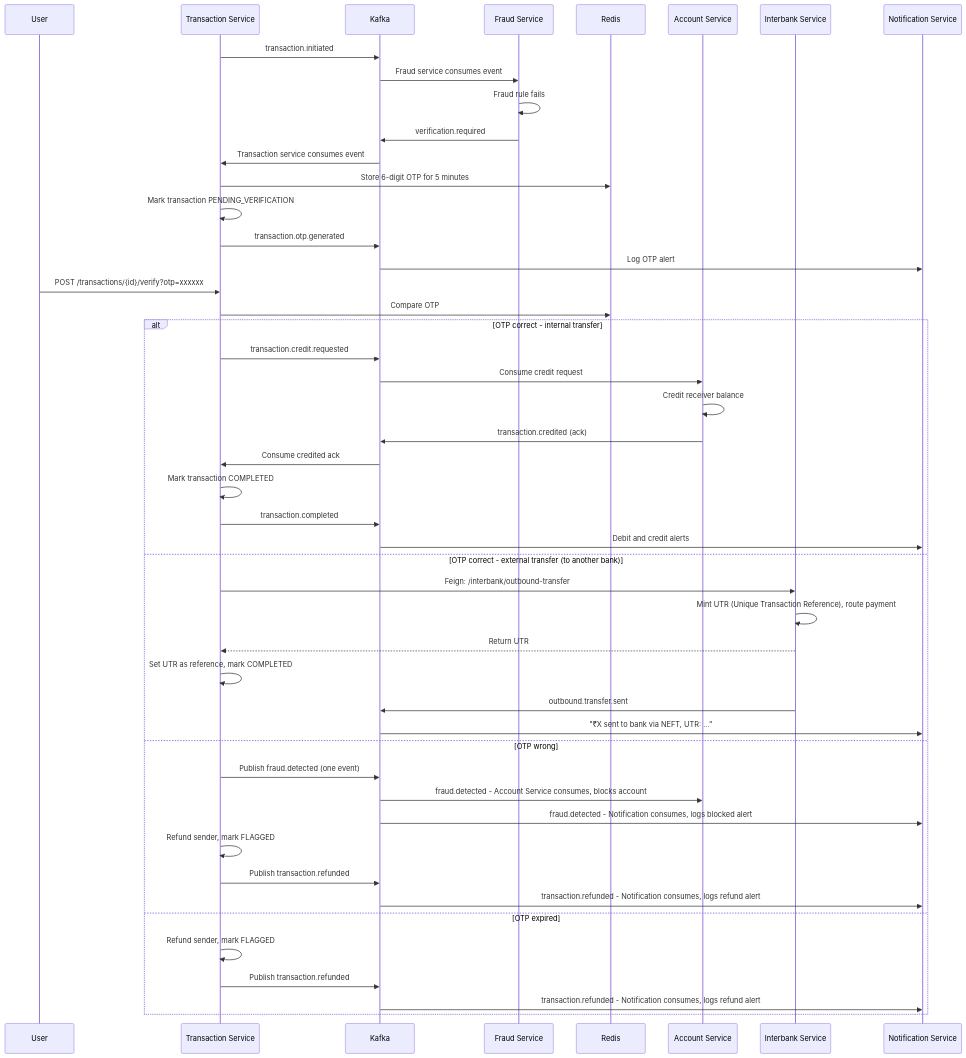
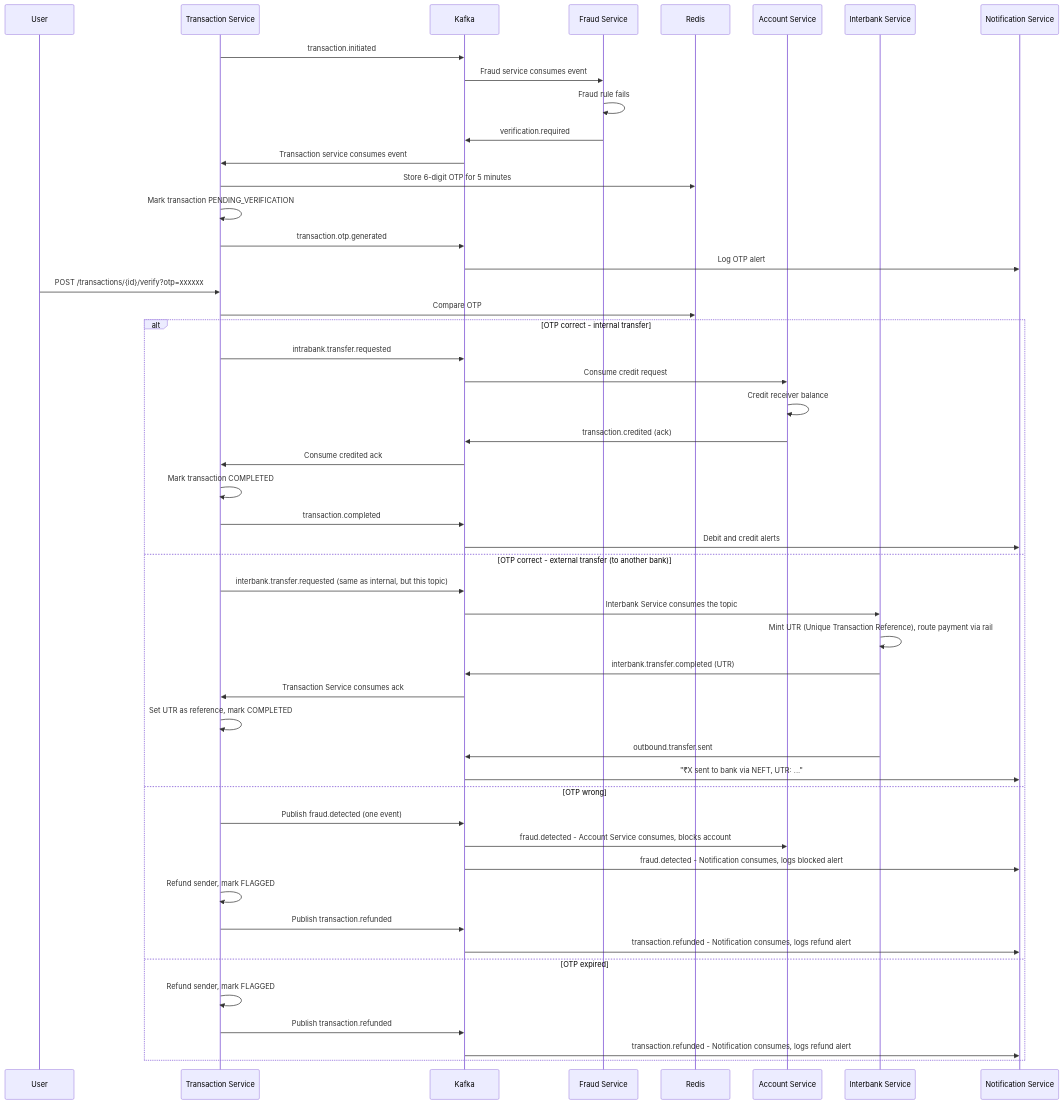
The fourth of 7 diagrams in README.md (Mohit-R-04/DigitalBankingSystem), drawn with Mermaid before and after one commit. The commit also changed other lines of this file and 29 other files, not shown here.

````diff
--- a/README.md
+++ b/README.md
@@ -419,51 +419,53 @@
 ```mermaid
 sequenceDiagram
     participant U as User
     participant T as Transaction Service
     participant K as Kafka
     participant FR as Fraud Service
     participant R as Redis
     participant A as Account Service
     participant I as Interbank Service
     participant N as Notification Service
 
     T->>K: transaction.initiated
     K->>FR: Fraud service consumes event
     FR->>FR: Fraud rule fails
     FR->>K: verification.required
     K->>T: Transaction service consumes event
     T->>R: Store 6-digit OTP for 5 minutes
     T->>T: Mark transaction PENDING_VERIFICATION
     T->>K: transaction.otp.generated
     K->>N: Log OTP alert
     U->>T: POST /transactions/{id}/verify?otp=xxxxxx
     T->>R: Compare OTP
     alt OTP correct - internal transfer
-        T->>K: transaction.credit.requested
+        T->>K: intrabank.transfer.requested
         K->>A: Consume credit request
         A->>A: Credit receiver balance
         A->>K: transaction.credited (ack)
         K->>T: Consume credited ack
         T->>T: Mark transaction COMPLETED
         T->>K: transaction.completed
         K->>N: Debit and credit alerts
     else OTP correct - external transfer (to another bank)
-        T->>I: Feign: /interbank/outbound-transfer
-        I->>I: Mint UTR (Unique Transaction Reference), route payment
-        I-->>T: Return UTR
+        T->>K: interbank.transfer.requested (same as internal, but this topic)
+        K->>I: Interbank Service consumes the topic
+        I->>I: Mint UTR (Unique Transaction Reference), route payment via rail
+        I->>K: interbank.transfer.completed (UTR)
+        K->>T: Transaction Service consumes ack
         T->>T: Set UTR as reference, mark COMPLETED
         I->>K: outbound.transfer.sent
         K->>N: "₹X sent to bank via NEFT, UTR: ..."
     else OTP wrong
         T->>K: Publish fraud.detected (one event)
         K->>A: fraud.detected - Account Service consumes, blocks account
         K->>N: fraud.detected - Notification consumes, logs blocked alert
         T->>T: Refund sender, mark FLAGGED
         T->>K: Publish transaction.refunded
         K->>N: transaction.refunded - Notification consumes, logs refund alert
     else OTP expired
         T->>T: Refund sender, mark FLAGGED
         T->>K: Publish transaction.refunded
         K->>N: transaction.refunded - Notification consumes, logs refund alert
     end
 ```
````
